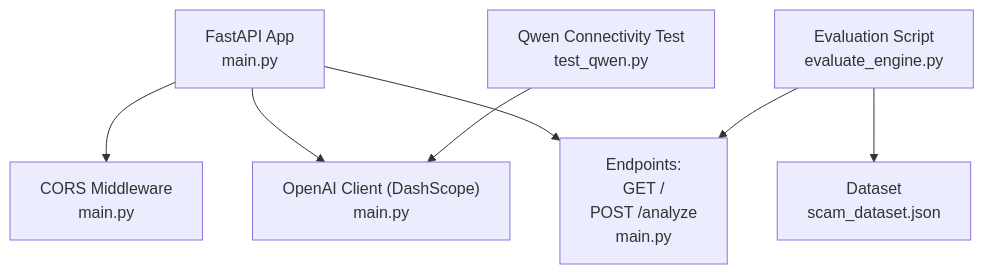
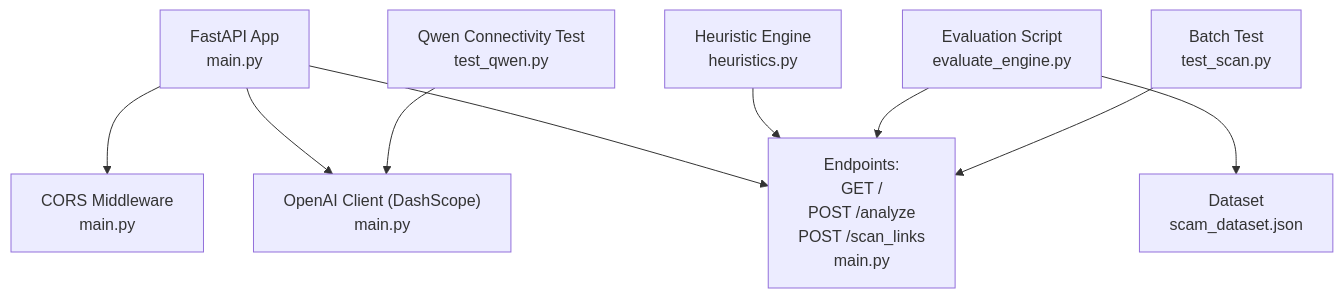
One commit to Aymanaahh/scrollguard-ai changed the first of 5 diagrams in .qoder/repowiki/en/content/Backend API Documentation.md. Above: the diagram before and after it, drawn with Mermaid. The commit also changed other lines of this file and 36 other files, not shown here.

Commit message:
Major refactor: async backend, improved heuristics, modernized popup UI, and optimized content script with MutationObserver + deduplication

````diff
--- a/.qoder/repowiki/en/content/Backend API Documentation.md
+++ b/.qoder/repowiki/en/content/Backend API Documentation.md
@@ -35,9 +49,11 @@
 ```mermaid
 graph TB
 A["FastAPI App<br/>main.py"] --> B["CORS Middleware<br/>main.py"]
 A --> C["OpenAI Client (DashScope)<br/>main.py"]
-A --> D["Endpoints:<br/>GET /<br/>POST /analyze<br/>main.py"]
-E["Evaluation Script<br/>evaluate_engine.py"] --> D
-E --> F["Dataset<br/>scam_dataset.json"]
-G["Qwen Connectivity Test<br/>test_qwen.py"] --> C
+A --> D["Endpoints:<br/>GET /<br/>POST /analyze<br/>POST /scan_links<br/>main.py"]
+E["Heuristic Engine<br/>heuristics.py"] --> D
+F["Evaluation Script<br/>evaluate_engine.py"] --> D
+F --> G["Dataset<br/>scam_dataset.json"]
+H["Batch Test<br/>test_scan.py"] --> D
+I["Qwen Connectivity Test<br/>test_qwen.py"] --> C
 ```
````
